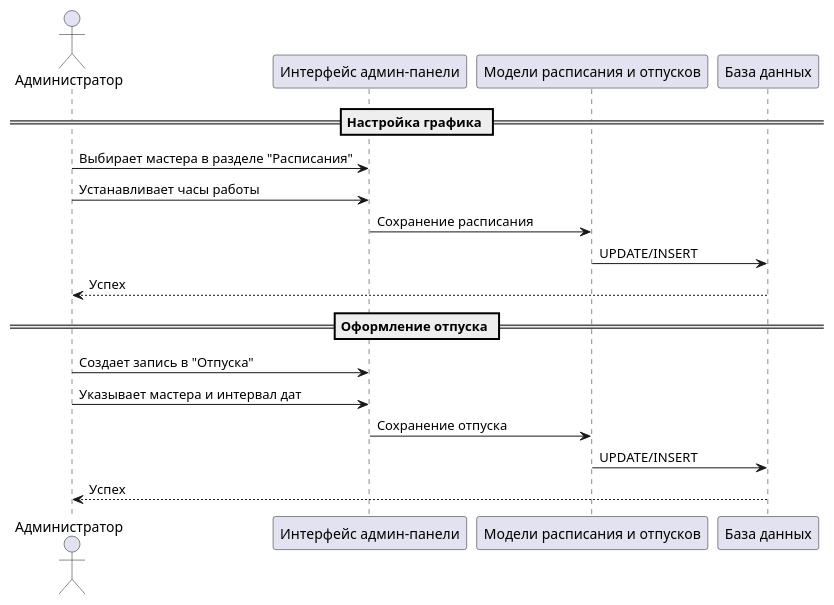
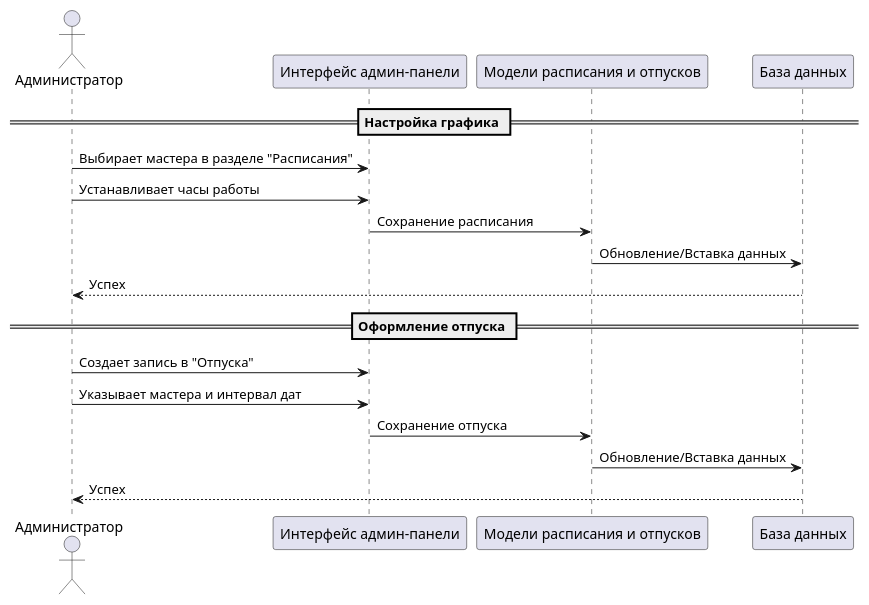
One commit to kr1ms0nh3ad/psychochainsaw_tattoo changed the diagram in diagrams/sequence/admin/admin_sequence_1.puml. Above: the diagram before and after it, drawn with PlantUML. The commit also changed 458 other files, not shown here.

Commit message:
диаграммы и ПЗ

```diff
--- a/diagrams/sequence/admin/admin_sequence_1.puml
+++ b/diagrams/sequence/admin/admin_sequence_1.puml
@@ -1,20 +1,20 @@
 @startuml
 actor "Администратор" as Admin
 participant "Интерфейс админ-панели" as DjangoAdmin
 participant "Модели расписания и отпусков" as Models
 participant "База данных" as DB
 
 == Настройка графика ==
 Admin -> DjangoAdmin: Выбирает мастера в разделе "Расписания"
 Admin -> DjangoAdmin: Устанавливает часы работы
 DjangoAdmin -> Models: Сохранение расписания
-Models -> DB: UPDATE/INSERT
+Models -> DB: Обновление/Вставка данных
 DB --> Admin: Успех
 
 == Оформление отпуска ==
 Admin -> DjangoAdmin: Создает запись в "Отпуска"
 Admin -> DjangoAdmin: Указывает мастера и интервал дат
 DjangoAdmin -> Models: Сохранение отпуска
-Models -> DB: UPDATE/INSERT
+Models -> DB: Обновление/Вставка данных
 DB --> Admin: Успех
 @enduml
```
